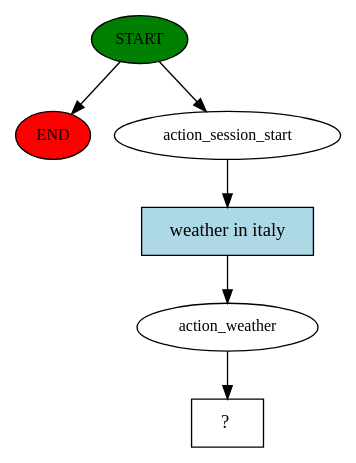
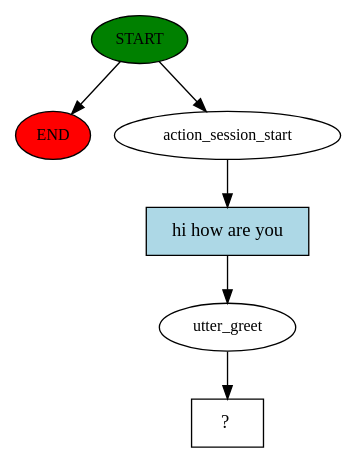
One commit to mehtajinesh/MultipurposeChatBot changed the diagram in story_graph.dot. Above: the diagram before and after it, drawn with Graphviz. The commit also changed 5 other files, not shown here.

```diff
--- a/story_graph.dot
+++ b/story_graph.dot
@@ -1,13 +1,13 @@
 digraph  {
 0 [class="start active", fillcolor=green, fontsize=12, label=START, style=filled];
 "-1" [class=end, fillcolor=red, fontsize=12, label=END, style=filled];
 1 [class=active, fontsize=12, label=action_session_start];
-2 [class=active, fontsize=12, label=action_weather];
+2 [class=active, fontsize=12, label=utter_greet];
 3 [class="intent dashed active", label="  ?  ", shape=rect];
-4 [class="intent active", fillcolor=lightblue, label="weather in italy", shape=rect, style=filled];
+4 [class="intent active", fillcolor=lightblue, label="hi how are you", shape=rect, style=filled];
 0 -> "-1"  [class="", key=NONE, label=""];
 0 -> 1  [class=active, key=NONE, label=""];
 1 -> 4  [class=active, key=0];
 2 -> 3  [class=active, key=NONE, label=""];
 4 -> 2  [class=active, key=0];
 }
```
